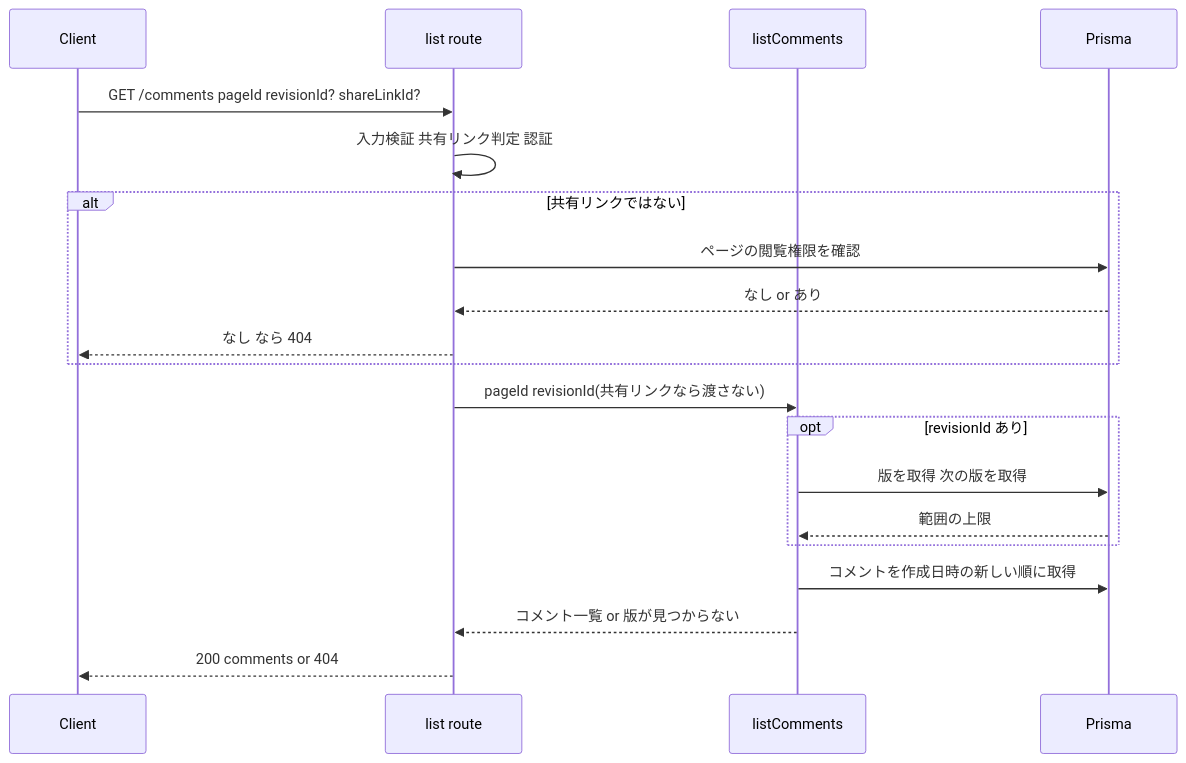
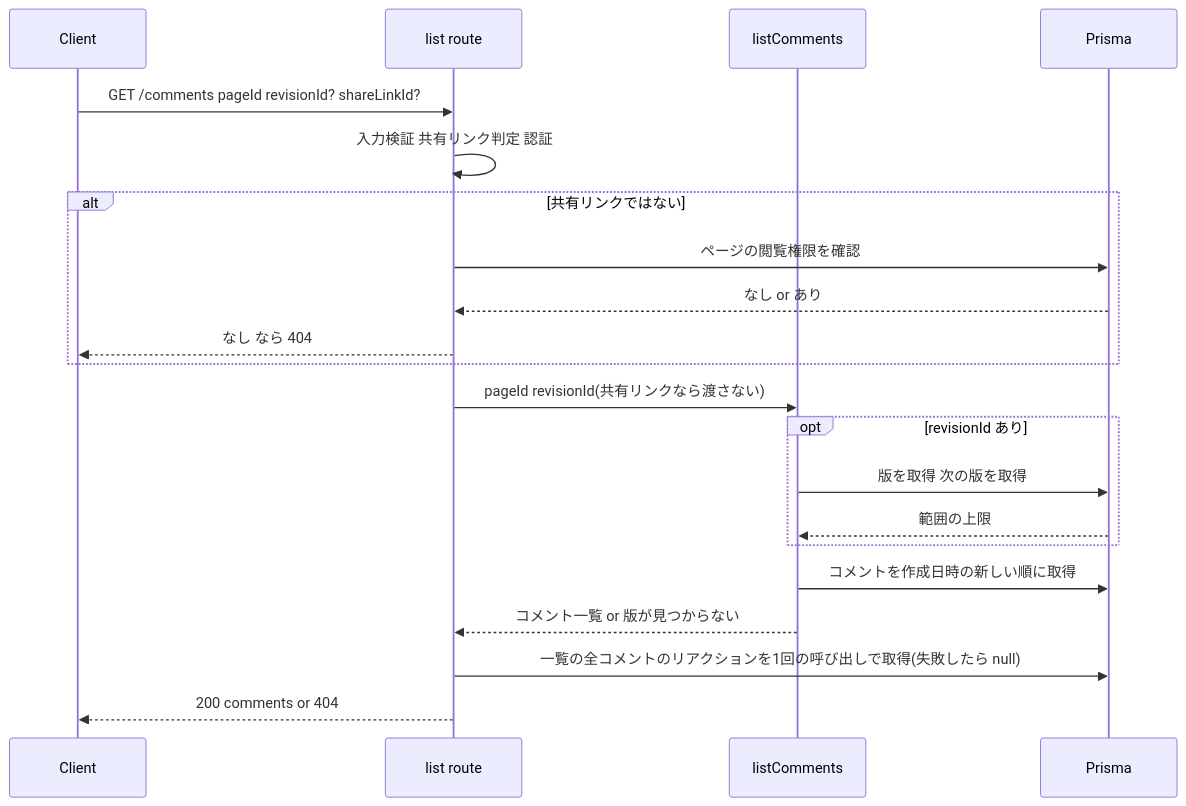
Before and after one commit to weseek/growi: the second of 2 diagrams in .kiro/specs/comment/design.md, drawn with Mermaid. The commit also changed other lines of this file and 2 other files, not shown here.

````diff
--- a/.kiro/specs/comment/design.md
+++ b/.kiro/specs/comment/design.md
@@ -159,22 +187,23 @@
 ```mermaid
 sequenceDiagram
   participant C as Client
   participant R as list route
   participant S as listComments
   participant DB as Prisma
   C->>R: GET /comments pageId revisionId? shareLinkId?
   R->>R: 入力検証 共有リンク判定 認証
   alt 共有リンクではない
     R->>DB: ページの閲覧権限を確認
     DB-->>R: なし or あり
     R-->>C: なし なら 404
   end
   R->>S: pageId revisionId(共有リンクなら渡さない)
   opt revisionId あり
     S->>DB: 版を取得 次の版を取得
     DB-->>S: 範囲の上限
   end
   S->>DB: コメントを作成日時の新しい順に取得
   S-->>R: コメント一覧 or 版が見つからない
+  R->>DB: 一覧の全コメントのリアクションを1回の呼び出しで取得(失敗したら null)
   R-->>C: 200 comments or 404
 ```
````
